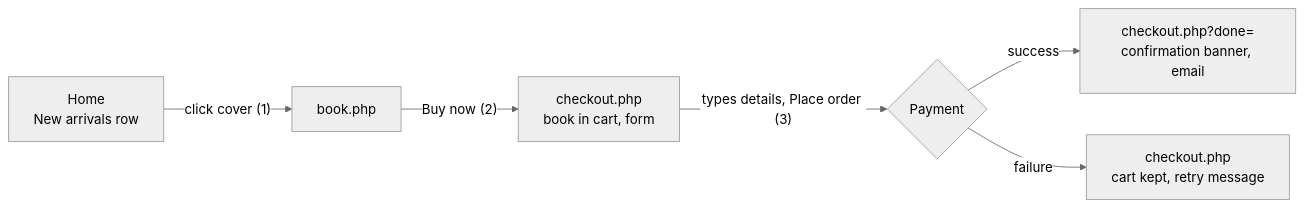
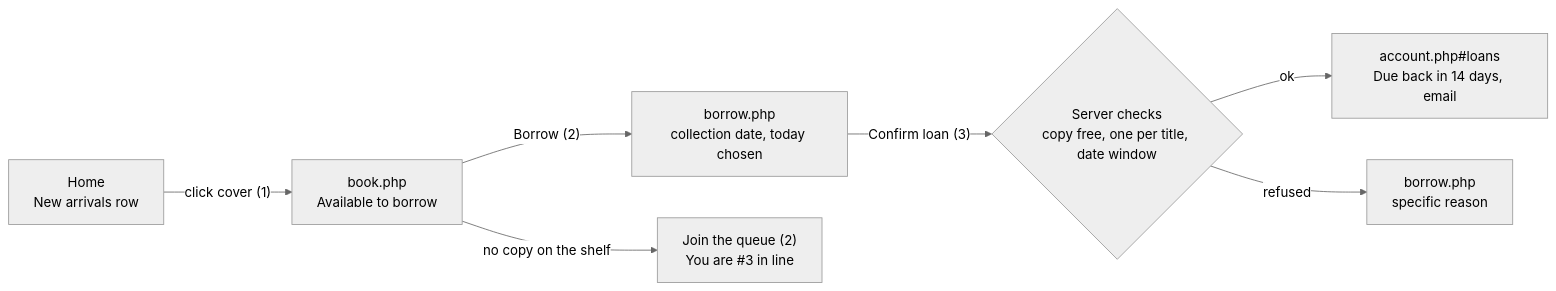
One commit to vionyp/IE4727-F35-DG14 changed the second of 3 diagrams in booknest/docs/STORYBOARD.md. Above: the diagram before and after it, drawn with Mermaid (neutral theme). The commit also changed other lines of this file and 41 other files, not shown here.

````diff
--- a/booknest/docs/STORYBOARD.md
+++ b/booknest/docs/STORYBOARD.md
@@ -29,8 +29,9 @@
 ```mermaid
 flowchart LR
-    A["Home<br/>New arrivals row"] -->|"click cover (1)"| B["book.php"]
-    B -->|"Buy now (2)"| C["checkout.php<br/>book in cart, form"]
-    C -->|"types details, Place order (3)"| D{"Payment"}
-    D -->|success| E["checkout.php?done=<br/>confirmation banner, email"]
-    D -->|failure| F["checkout.php<br/>cart kept, retry message"]
+    A["Home<br/>New arrivals row"] -->|"click cover (1)"| B["book.php<br/>Available to borrow"]
+    B -->|"Borrow (2)"| C["borrow.php<br/>collection date, today chosen"]
+    C -->|"Confirm loan (3)"| D{"Server checks<br/>copy free, one per title, date window"}
+    D -->|ok| E["account.php#loans<br/>Due back in 14 days, email"]
+    D -->|"refused"| F["borrow.php<br/>specific reason"]
+    B -->|"no copy on the shelf"| G["Join the queue (2)<br/>You are #3 in line"]
 ```
````
